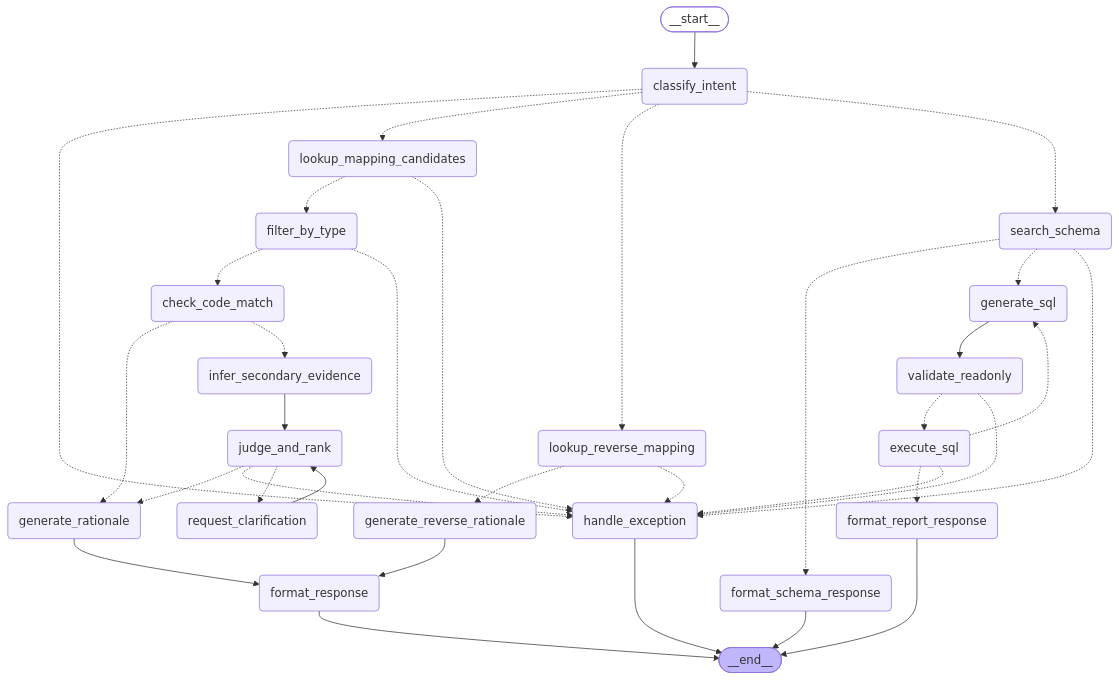
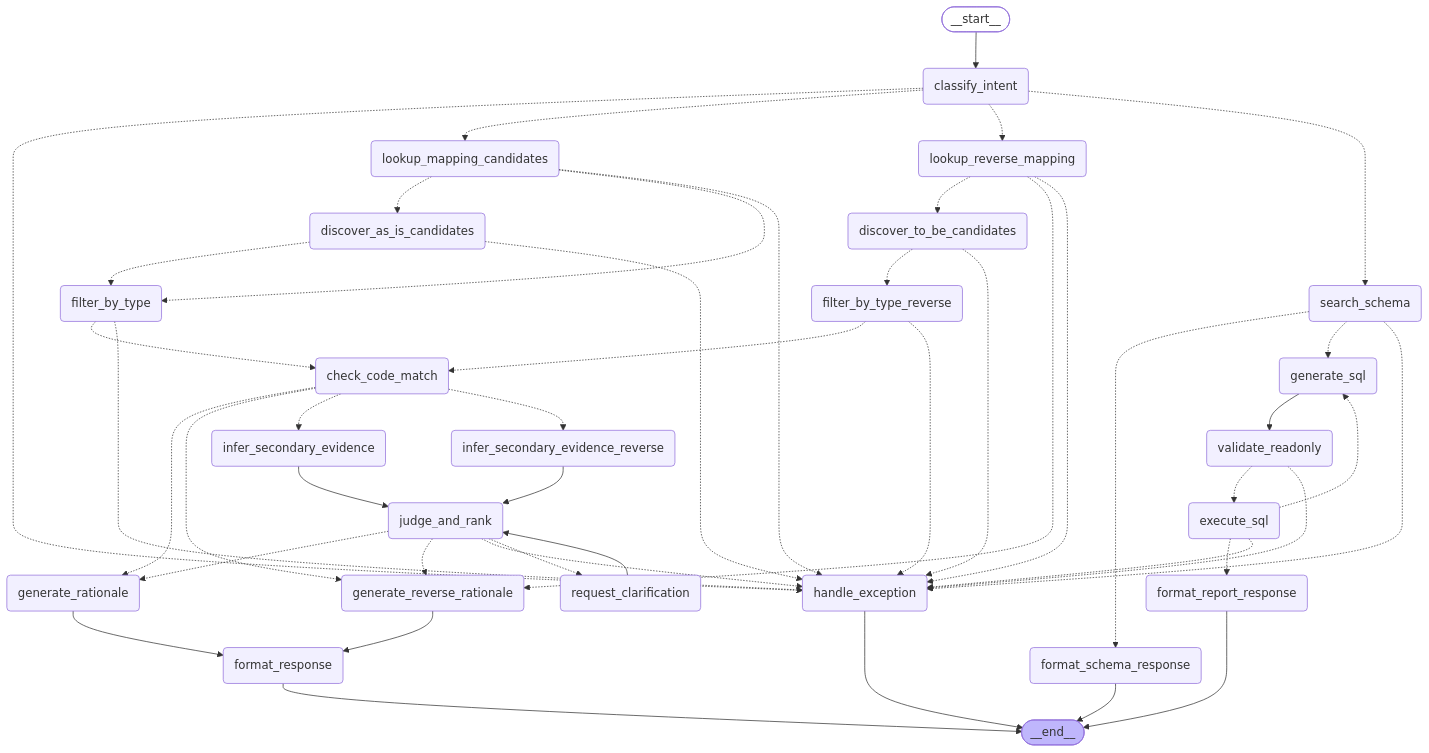
Before and after one commit to kwakkwakwoohyun/schemabridge: the diagram in README.md, drawn with Mermaid. The commit also changed other lines of this file and 12 other files, not shown here.

````diff
--- a/README.md
+++ b/README.md
@@ -27,59 +27,75 @@
 ```mermaid
 graph TD;
 	__start__([__start__]):::first
 	lookup_mapping_candidates(lookup_mapping_candidates)
 	lookup_reverse_mapping(lookup_reverse_mapping)
+	discover_as_is_candidates(discover_as_is_candidates)
+	discover_to_be_candidates(discover_to_be_candidates)
+	filter_by_type_reverse(filter_by_type_reverse)
+	infer_secondary_evidence_reverse(infer_secondary_evidence_reverse)
 	generate_reverse_rationale(generate_reverse_rationale)
 	filter_by_type(filter_by_type)
 	check_code_match(check_code_match)
 	handle_exception(handle_exception)
 	format_response(format_response)
 	infer_secondary_evidence(infer_secondary_evidence)
 	judge_and_rank(judge_and_rank)
 	request_clarification(request_clarification)
 	generate_rationale(generate_rationale)
 	classify_intent(classify_intent)
 	search_schema(search_schema)
 	generate_sql(generate_sql)
 	validate_readonly(validate_readonly)
 	execute_sql(execute_sql)
 	format_report_response(format_report_response)
 	format_schema_response(format_schema_response)
 	__end__([__end__]):::last
 	__start__ --> classify_intent;
 	check_code_match -.-> generate_rationale;
+	check_code_match -.-> generate_reverse_rationale;
 	check_code_match -.-> infer_secondary_evidence;
+	check_code_match -.-> infer_secondary_evidence_reverse;
 	classify_intent -.-> handle_exception;
 	classify_intent -.-> lookup_mapping_candidates;
 	classify_intent -.-> lookup_reverse_mapping;
 	classify_intent -.-> search_schema;
+	discover_as_is_candidates -.-> filter_by_type;
+	discover_as_is_candidates -.-> handle_exception;
+	discover_to_be_candidates -.-> filter_by_type_reverse;
+	discover_to_be_candidates -.-> handle_exception;
 	execute_sql -.-> format_report_response;
 	execute_sql -.-> generate_sql;
 	execute_sql -.-> handle_exception;
 	filter_by_type -.-> check_code_match;
 	filter_by_type -.-> handle_exception;
+	filter_by_type_reverse -.-> check_code_match;
+	filter_by_type_reverse -.-> handle_exception;
 	generate_rationale --> format_response;
 	generate_reverse_rationale --> format_response;
 	generate_sql --> validate_readonly;
 	infer_secondary_evidence --> judge_and_rank;
+	infer_secondary_evidence_reverse --> judge_and_rank;
 	judge_and_rank -.-> generate_rationale;
+	judge_and_rank -.-> generate_reverse_rationale;
 	judge_and_rank -.-> handle_exception;
 	judge_and_rank -.-> request_clarification;
+	lookup_mapping_candidates -.-> discover_as_is_candidates;
 	lookup_mapping_candidates -.-> filter_by_type;
 	lookup_mapping_candidates -.-> handle_exception;
+	lookup_reverse_mapping -.-> discover_to_be_candidates;
 	lookup_reverse_mapping -.-> generate_reverse_rationale;
 	lookup_reverse_mapping -.-> handle_exception;
 	request_clarification --> judge_and_rank;
 	search_schema -.-> format_schema_response;
 	search_schema -.-> generate_sql;
 	search_schema -.-> handle_exception;
 	validate_readonly -.-> execute_sql;
 	validate_readonly -.-> handle_exception;
 	format_report_response --> __end__;
 	format_response --> __end__;
 	format_schema_response --> __end__;
 	handle_exception --> __end__;
 	classDef default fill:#f2f0ff,line-height:1.2
 	classDef first fill-opacity:0
 	classDef last fill:#bfb6fc
 ```
````
